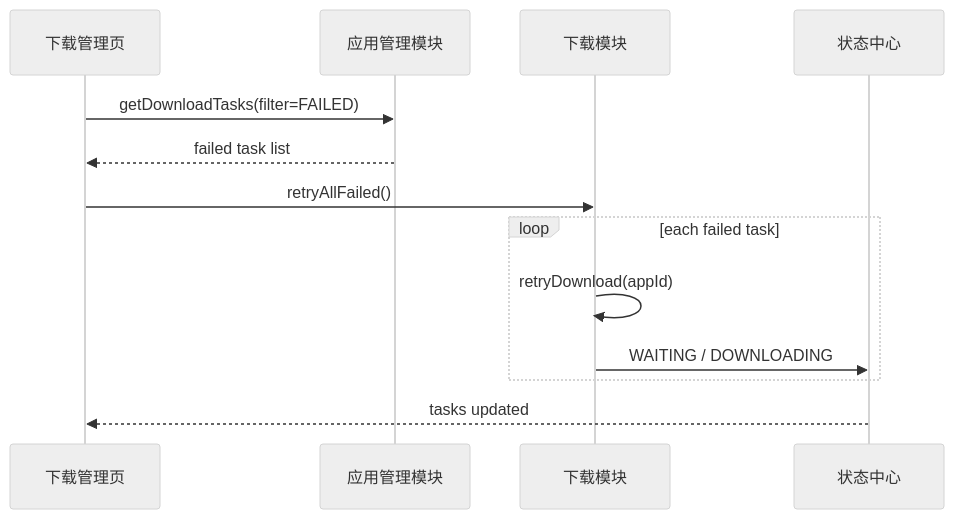
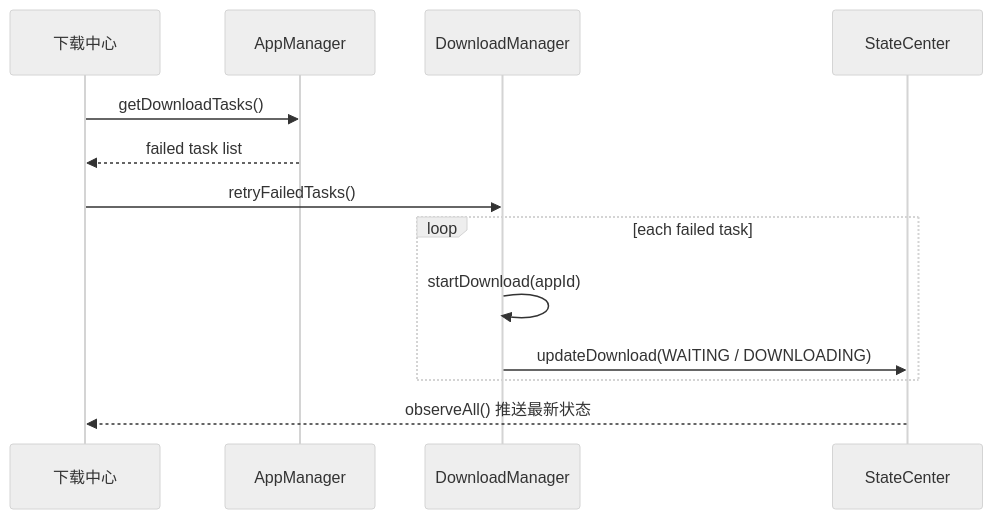
One commit to XZQ/CarAppStore changed the sixth of 6 diagrams in docs/05-核心时序图.md. Above: the diagram before and after it, drawn with Mermaid (neutral theme). The commit also changed other lines of this file and 35 other files, not shown here.

Commit message:
docs: reorganize architecture docs and handoff guide

````diff
--- a/docs/05-核心时序图.md
+++ b/docs/05-核心时序图.md
@@ -121,16 +147,16 @@
 ```mermaid
 sequenceDiagram
-participant UI as 下载管理页
-participant AM as 应用管理模块
-participant DM as 下载模块
-participant State as 状态中心
+participant UI as 下载中心
+participant AM as AppManager
+participant DM as DownloadManager
+participant State as StateCenter
 
-UI->>AM: getDownloadTasks(filter=FAILED)
+UI->>AM: getDownloadTasks()
 AM-->>UI: failed task list
-UI->>DM: retryAllFailed()
+UI->>DM: retryFailedTasks()
 loop each failed task
-  DM->>DM: retryDownload(appId)
-  DM->>State: WAITING / DOWNLOADING
+  DM->>DM: startDownload(appId)
+  DM->>State: updateDownload(WAITING / DOWNLOADING)
 end
-State-->>UI: tasks updated
+State-->>UI: observeAll() 推送最新状态
 ```
````
